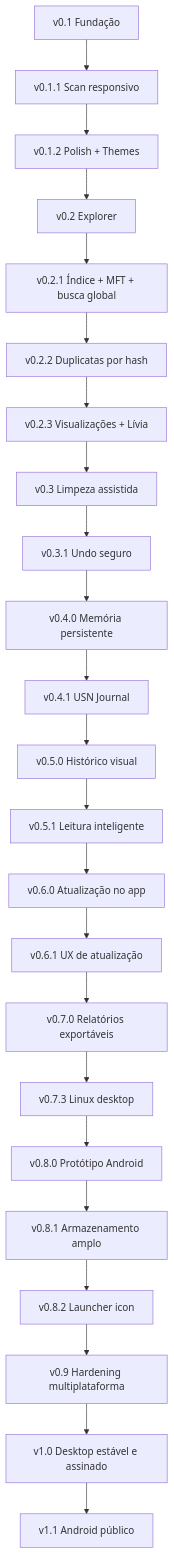
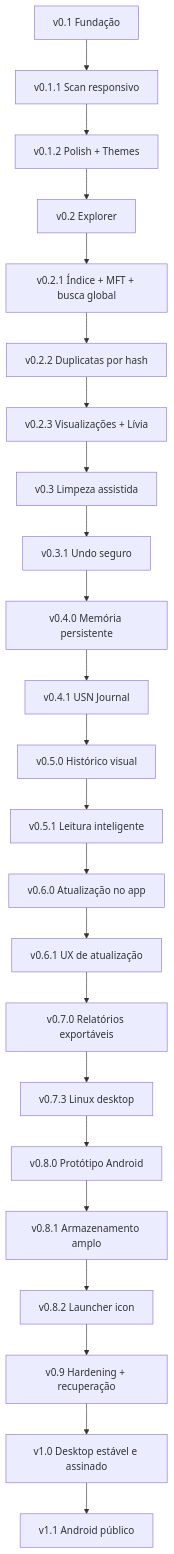
Before and after one commit to tombemol/L.I.V.I.A: diagram 14 of 14 in README.md, drawn with Mermaid. The commit also changed other lines of this file and 8 other files, not shown here.

First line of the commit message:
v0.9.0 — hardening e recuperação de estado

````diff
--- a/README.md
+++ b/README.md
@@ -709,25 +741,25 @@
 ```mermaid
 flowchart TD
     A[v0.1 Fundação] --> B[v0.1.1 Scan responsivo]
     B --> C[v0.1.2 Polish + Themes]
     C --> D[v0.2 Explorer]
     D --> E[v0.2.1 Índice + MFT + busca global]
     E --> F[v0.2.2 Duplicatas por hash]
     F --> V[v0.2.3 Visualizações + Lívia]
     V --> G[v0.3 Limpeza assistida]
     G --> U[v0.3.1 Undo seguro]
     U --> M[v0.4.0 Memória persistente]
     M --> H[v0.4.1 USN Journal]
     H --> V5[v0.5.0 Histórico visual]
     V5 --> V51[v0.5.1 Leitura inteligente]
     V51 --> V6[v0.6.0 Atualização no app]
     V6 --> V61[v0.6.1 UX de atualização]
     V61 --> V7[v0.7.0 Relatórios exportáveis]
     V7 --> V73[v0.7.3 Linux desktop]
     V73 --> V8[v0.8.0 Protótipo Android]
     V8 --> V81[v0.8.1 Armazenamento amplo]
     V81 --> V82[v0.8.2 Launcher icon]
-    V82 --> V9[v0.9 Hardening multiplataforma]
+    V82 --> V9[v0.9 Hardening + recuperação]
     V9 --> I[v1.0 Desktop estável e assinado]
     I --> V11[v1.1 Android público]
 ```
````
